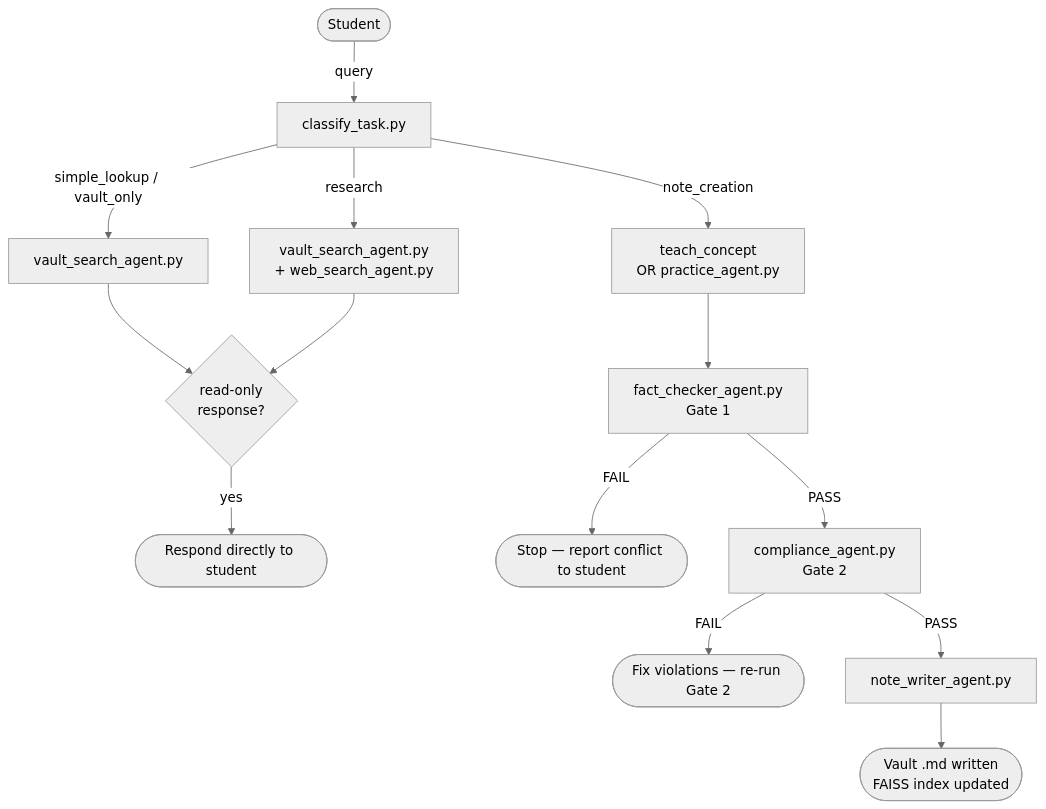
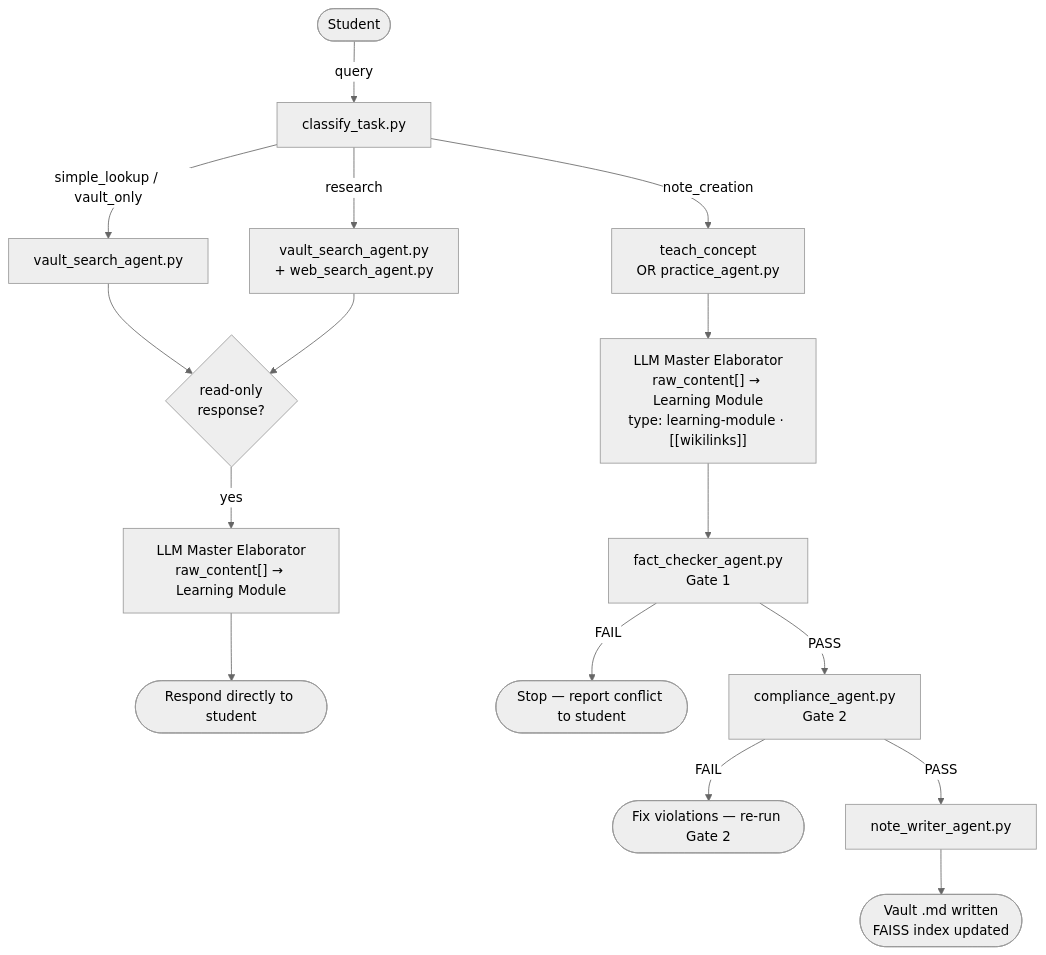
One commit to rabindranath-mishra/Study_Agent changed diagram 12 of 12 in 00 - System/Agent Architecture (C4+1).md. Above: the diagram before and after it, drawn with Mermaid (neutral theme). The commit also changed other lines of this file, not shown here.

````diff
--- a/00 - System/Agent Architecture (C4+1).md
+++ b/00 - System/Agent Architecture (C4+1).md
@@ -466,20 +479,22 @@
 ```mermaid
 flowchart TD
     S(["Student"])
     CT["classify_task.py"]
 
     S -- "query" --> CT
     CT -- "simple_lookup / vault_only" --> VS["vault_search_agent.py"]
     CT -- "research" --> WS["vault_search_agent.py<br/>+ web_search_agent.py"]
     CT -- "note_creation" --> NG["teach_concept<br/>OR practice_agent.py"]
 
     VS & WS --> RO{"read-only<br/>response?"}
-    RO -- "yes" --> RESP(["Respond directly to student"])
+    RO -- "yes" --> ELAB1["LLM Master Elaborator<br/>raw_content[] → Learning Module"]
+    ELAB1 --> RESP(["Respond directly to student"])
 
-    NG --> G1["fact_checker_agent.py<br/>Gate 1"]
+    NG --> ELAB2["LLM Master Elaborator<br/>raw_content[] → Learning Module<br/>type: learning-module · [[wikilinks]]"]
+    ELAB2 --> G1["fact_checker_agent.py<br/>Gate 1"]
     G1 -- "FAIL" --> STOP(["Stop — report conflict to student"])
     G1 -- "PASS" --> G2["compliance_agent.py<br/>Gate 2"]
     G2 -- "FAIL" --> FIX(["Fix violations — re-run Gate 2"])
     G2 -- "PASS" --> NW["note_writer_agent.py"]
     NW --> VAULT(["Vault .md written<br/>FAISS index updated"])
 ```
````
